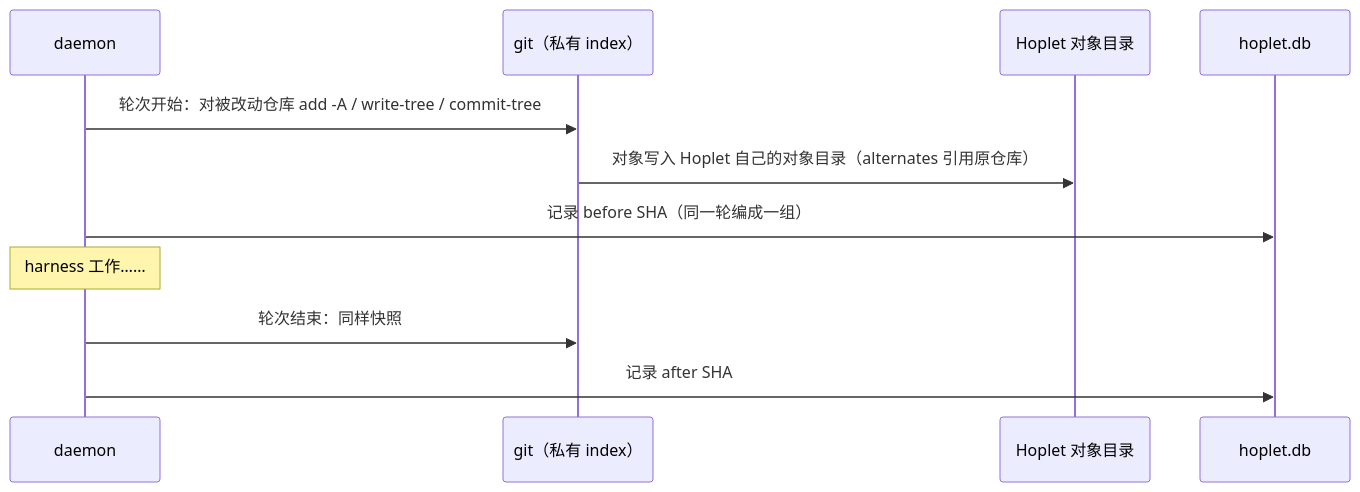
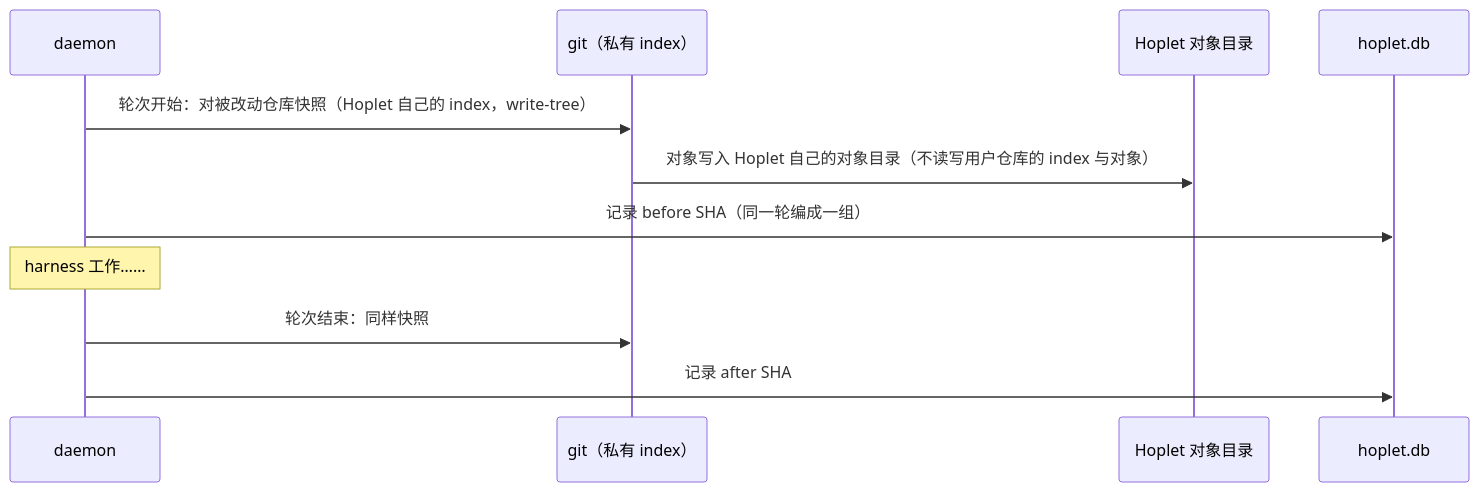
The second of 3 diagrams in docs/design/0008-workspace-lifecycle.md (yangflow/hoplet), drawn with Mermaid before and after one commit. The commit also changed other lines of this file and 1 other file, not shown here.

````diff
--- a/docs/design/0008-workspace-lifecycle.md
+++ b/docs/design/0008-workspace-lifecycle.md
@@ -64,13 +64,13 @@
 ```mermaid
 sequenceDiagram
     participant D as daemon
     participant G as git（私有 index）
     participant O as Hoplet 对象目录
     participant DB as hoplet.db
-    D->>G: 轮次开始：对被改动仓库 add -A / write-tree / commit-tree
-    G->>O: 对象写入 Hoplet 自己的对象目录（alternates 引用原仓库）
+    D->>G: 轮次开始：对被改动仓库快照（Hoplet 自己的 index，write-tree）
+    G->>O: 对象写入 Hoplet 自己的对象目录（不读写用户仓库的 index 与对象）
     D->>DB: 记录 before SHA（同一轮编成一组）
     Note over D: harness 工作……
     D->>G: 轮次结束：同样快照
     D->>DB: 记录 after SHA
 ```
````
